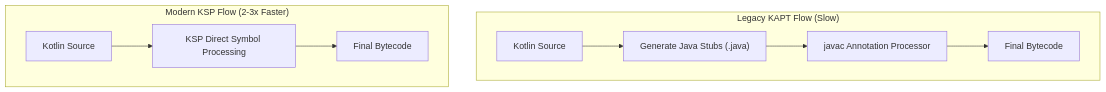
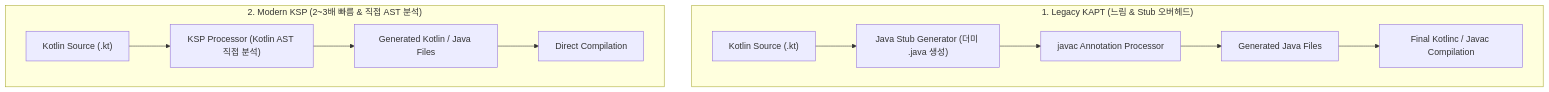
The diagram in 01_inbox/mobile/android/03_packaging_deployment/build/gradle/ksp-code-generation.md (youngmin-gwon/what-i-studied), drawn with Mermaid before and after one commit. The commit also changed other lines of this file and 10 other files, not shown here.

````diff
--- a/01_inbox/mobile/android/03_packaging_deployment/build/gradle/ksp-code-generation.md
+++ b/01_inbox/mobile/android/03_packaging_deployment/build/gradle/ksp-code-generation.md
@@ -28,13 +19,15 @@
 ```mermaid
 flowchart TD
-    subgraph KAPT_Flow ["Legacy KAPT Flow (Slow)"]
-        KT1["Kotlin Source"] --> StubGen["Generate Java Stubs (.java)"]
+    subgraph KAPT_Flow ["1. Legacy KAPT (느림 & Stub 오버헤드)"]
+        KT1["Kotlin Source (.kt)"] --> StubGen["Java Stub Generator (더미 .java 생성)"]
         StubGen --> JavacAPT["javac Annotation Processor"]
-        JavacAPT --> Comp1["Final Bytecode"]
+        JavacAPT --> GenJava["Generated Java Files"]
+        GenJava --> FinalComp1["Final Kotlinc / Javac Compilation"]
     end
 
-    subgraph KSP_Flow ["Modern KSP Flow (2-3x Faster)"]
-        KT2["Kotlin Source"] --> KSPProc["KSP Direct Symbol Processing"]
-        KSPProc --> Comp2["Final Bytecode"]
+    subgraph KSP_Flow ["2. Modern KSP (2~3배 빠름 & 직접 AST 분석)"]
+        KT2["Kotlin Source (.kt)"] --> KSPProc["KSP Processor (Kotlin AST 직접 분석)"]
+        KSPProc --> GenKT["Generated Kotlin / Java Files"]
+        GenKT --> FinalComp2["Direct Compilation"]
     end
 ```
````
